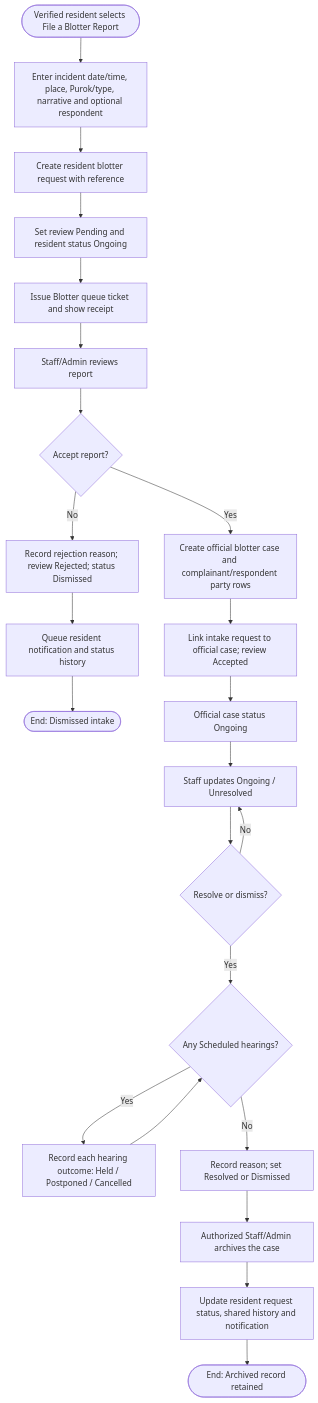
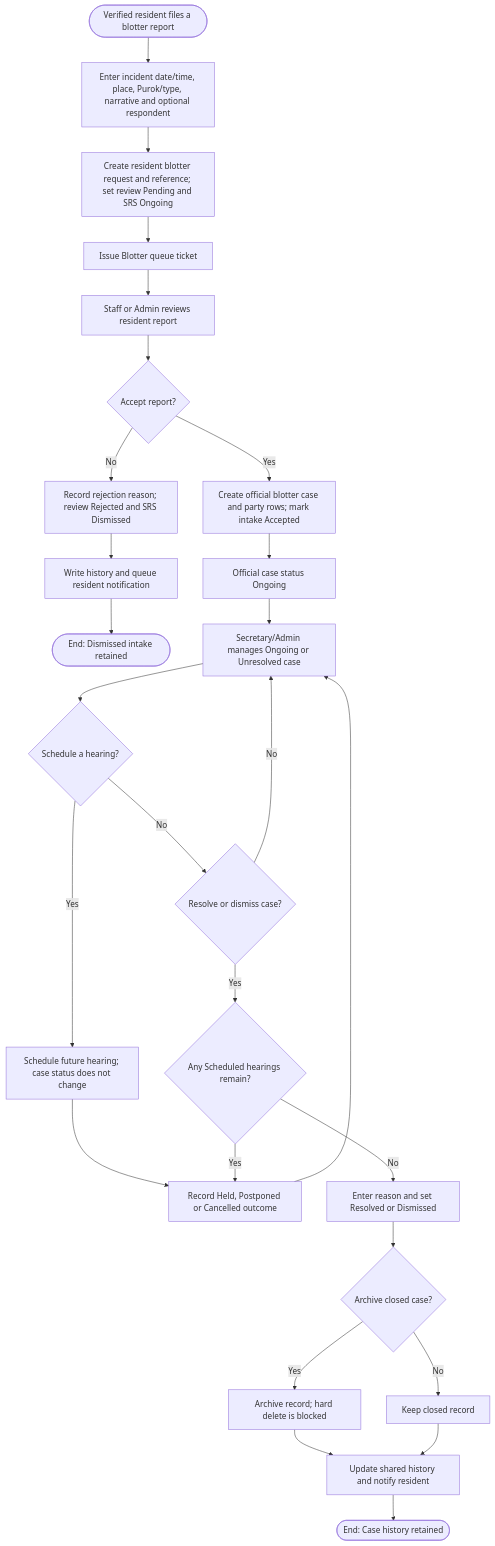
Before and after one commit to sachie34/Birms: the fourth of 6 diagrams in docs/BRMS_BPMN.md, drawn with Mermaid. The commit also changed other lines of this file, not shown here.

````diff
--- a/docs/BRMS_BPMN.md
+++ b/docs/BRMS_BPMN.md
@@ -82,25 +105,29 @@
 ```mermaid
 flowchart TD
-    A([Verified resident selects File a Blotter Report]) --> B[Enter incident date/time, place, Purok/type, narrative and optional respondent]
-    B --> C[Create resident blotter request with reference]
-    C --> D[Set review Pending and resident status Ongoing]
-    D --> E[Issue Blotter queue ticket and show receipt]
-    E --> F[Staff/Admin reviews report]
-    F --> G{Accept report?}
-    G -- No --> H[Record rejection reason; review Rejected; status Dismissed]
-    H --> I[Queue resident notification and status history]
-    I --> J([End: Dismissed intake])
-    G -- Yes --> K[Create official blotter case and complainant/respondent party rows]
-    K --> L[Link intake request to official case; review Accepted]
-    L --> M[Official case status Ongoing]
-    M --> N[Staff updates Ongoing / Unresolved]
-    N --> O{Resolve or dismiss?}
-    O -- No --> N
-    O -- Yes --> P{Any Scheduled hearings?}
-    P -- Yes --> Q[Record each hearing outcome: Held / Postponed / Cancelled]
-    Q --> P
-    P -- No --> R[Record reason; set Resolved or Dismissed]
-    R --> S[Authorized Staff/Admin archives the case]
-    S --> T[Update resident request status, shared history and notification]
-    T --> U([End: Archived record retained])
+    A([Verified resident files a blotter report]) --> B[Enter incident date/time, place, Purok/type, narrative and optional respondent]
+    B --> C[Create resident blotter request and reference; set review Pending and SRS Ongoing]
+    C --> D[Issue Blotter queue ticket]
+    D --> E[Staff or Admin reviews resident report]
+    E --> F{Accept report?}
+    F -- No --> G[Record rejection reason; review Rejected and SRS Dismissed]
+    G --> H[Write history and queue resident notification]
+    H --> I([End: Dismissed intake retained])
+    F -- Yes --> J[Create official blotter case and party rows; mark intake Accepted]
+    J --> K[Official case status Ongoing]
+    K --> L[Secretary/Admin manages Ongoing or Unresolved case]
+    L --> M{Schedule a hearing?}
+    M -- Yes --> N[Schedule future hearing; case status does not change]
+    N --> O[Record Held, Postponed or Cancelled outcome]
+    O --> L
+    M -- No --> P{Resolve or dismiss case?}
+    P -- No --> L
+    P -- Yes --> Q{Any Scheduled hearings remain?}
+    Q -- Yes --> O
+    Q -- No --> R[Enter reason and set Resolved or Dismissed]
+    R --> S{Archive closed case?}
+    S -- Yes --> T[Archive record; hard delete is blocked]
+    S -- No --> U[Keep closed record]
+    T --> V[Update shared history and notify resident]
+    U --> V
+    V --> W([End: Case history retained])
 ```
````
